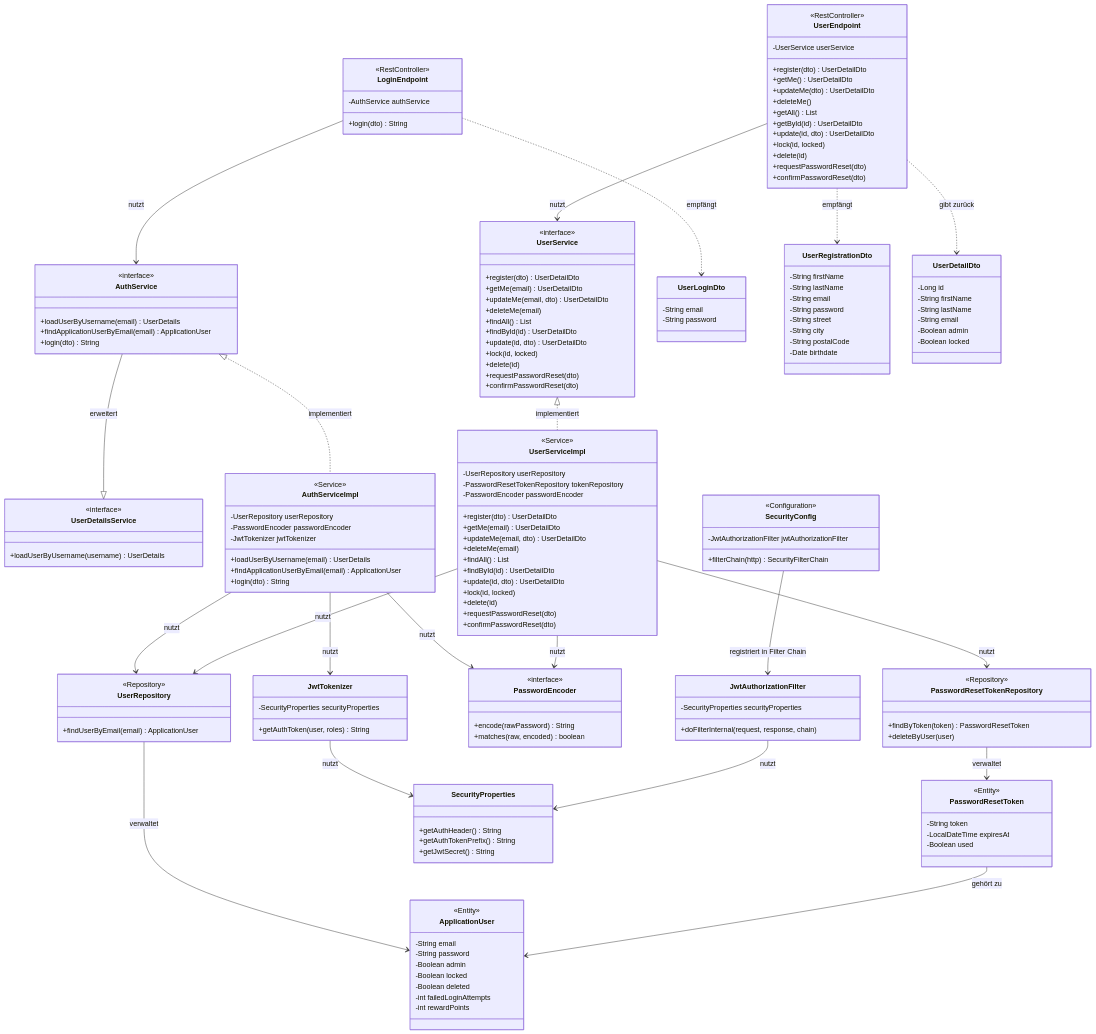
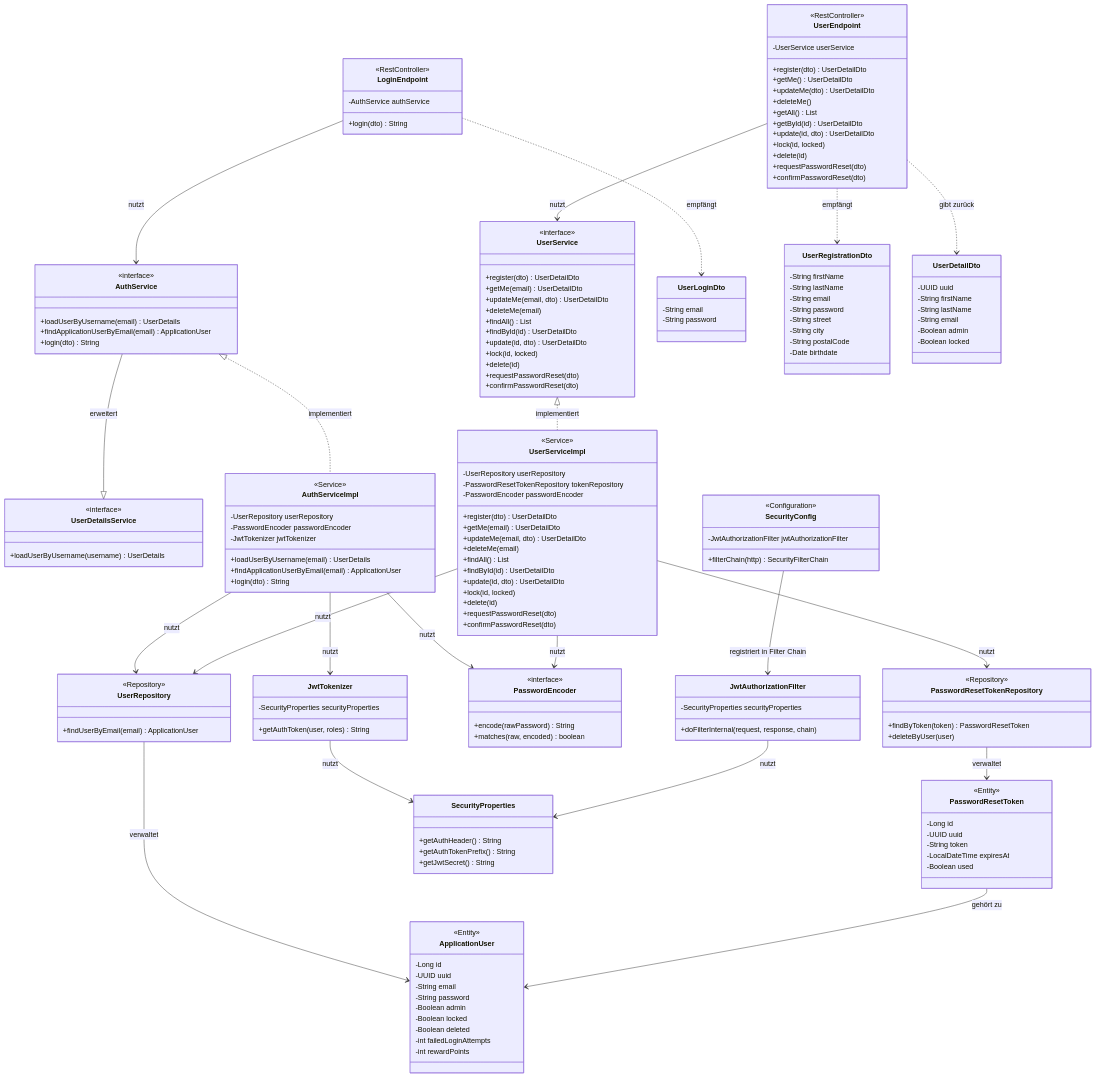
The second of 2 diagrams in Konzept/Designdokument.md (Kyrie-Jin/SE-Projekt), drawn with Mermaid before and after one commit. The commit also changed other lines of this file and 17 other files, not shown here.

```diff
--- a/Konzept/Designdokument.md
+++ b/Konzept/Designdokument.md
@@ -189,6 +190,8 @@
 
     class ApplicationUser {
         <<Entity>>
+        -Long id
+        -UUID uuid
         -String email
         -String password
         -Boolean admin
@@ -200,6 +203,8 @@
 
     class PasswordResetToken {
         <<Entity>>
+        -Long id
+        -UUID uuid
         -String token
         -LocalDateTime expiresAt
         -Boolean used
@@ -223,7 +228,7 @@
     }
 
     class UserDetailDto {
-        -Long id
+        -UUID uuid
         -String firstName
         -String lastName
         -String email
```
